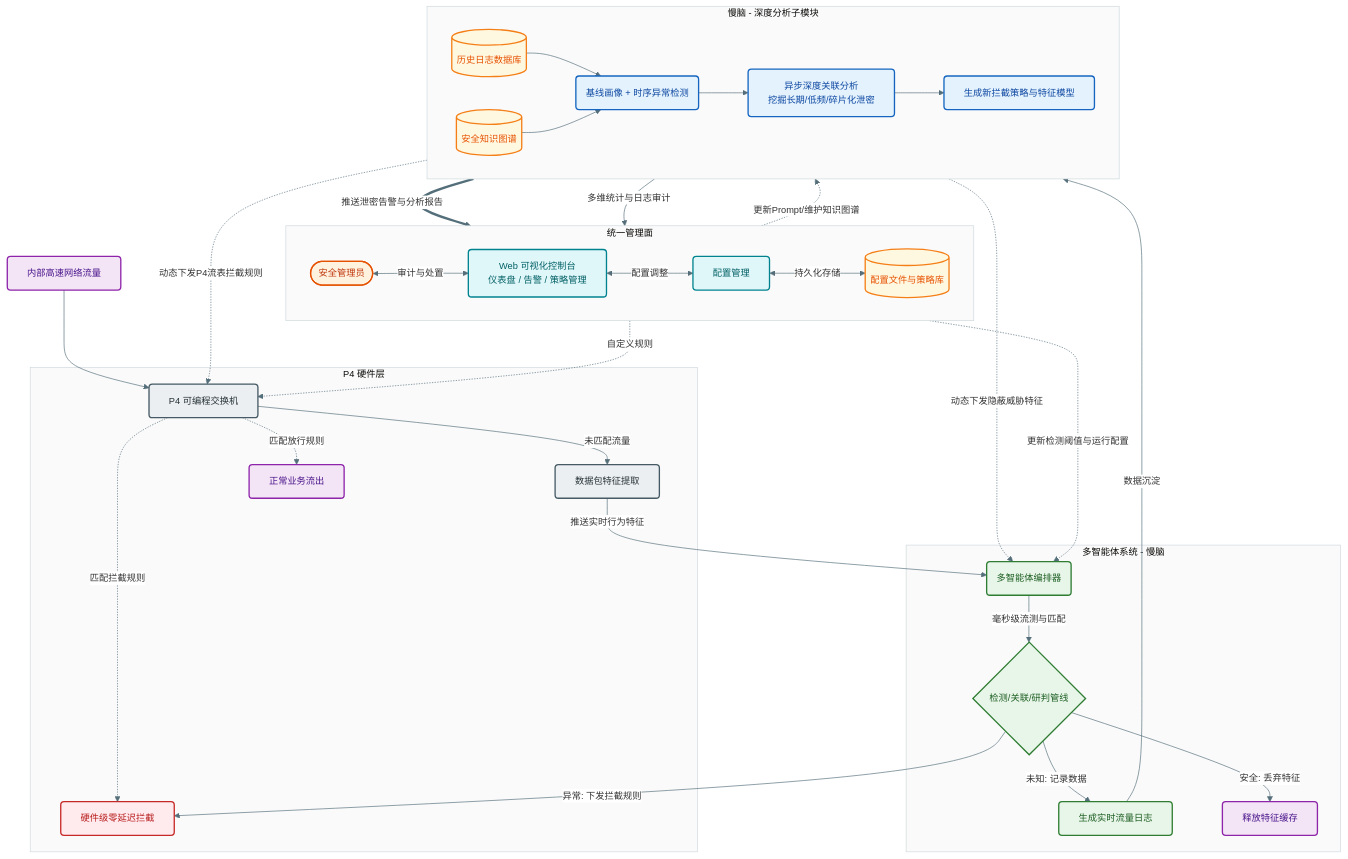
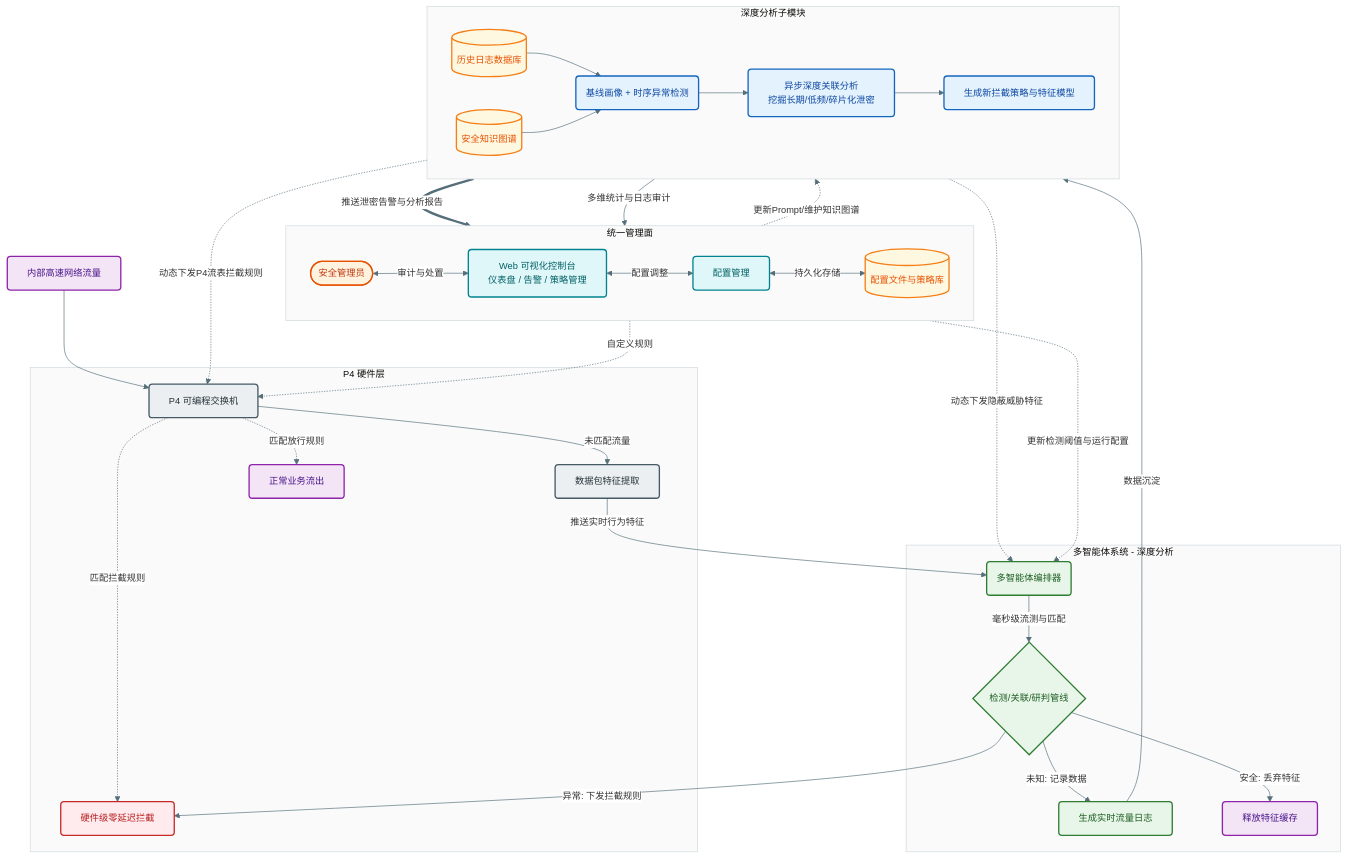
One commit to oran-grove/Shoucang changed the diagram in README.md. Above: the diagram before and after it, drawn with Mermaid. The commit also changed other lines of this file and 35 other files, not shown here.

```diff
--- a/README.md
+++ b/README.md
@@ -58,7 +58,7 @@
         P4Switch -.->|匹配拦截规则| HardwareDrop
     end
 
-    subgraph Layer2 [多智能体系统 - 慢脑]
+    subgraph Layer2 [多智能体系统 - 深度分析]
         FastAgent(多智能体编排器):::agentBrain
         RealTimeAnalysis{检测/关联/研判管线}:::agentBrain
         LogGenerator[生成实时流量日志]:::agentBrain
@@ -71,7 +71,7 @@
     RealTimeAnalysis -->|异常: 下发拦截规则| HardwareDrop
     RealTimeAnalysis -->|未知: 记录数据| LogGenerator
 
-    subgraph Layer3 [慢脑 - 深度分析子模块]
+    subgraph Layer3 [深度分析子模块]
         direction LR
         HistoryLog[(历史日志数据库)]:::data
         KnowledgeGraph[(安全知识图谱)]:::data
```
